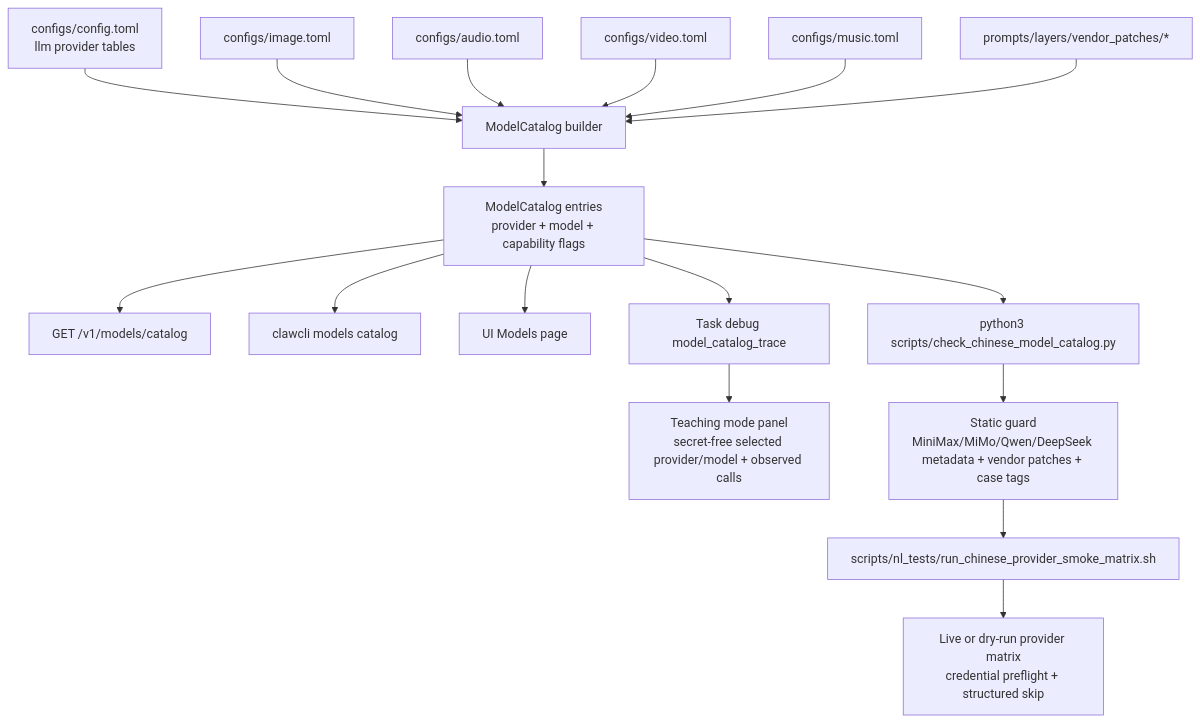
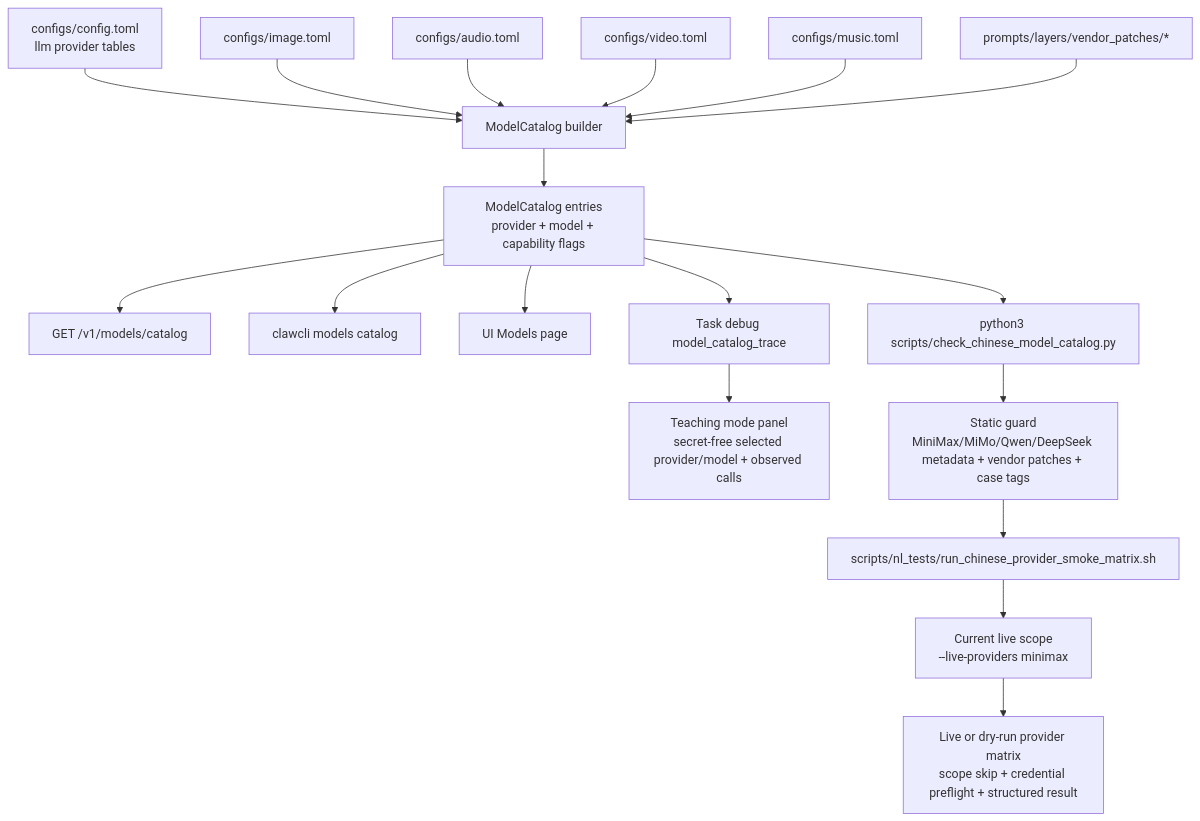
Before and after one commit to MatrixCoreX/RustClaw: diagram 16 of 16 in README.md, drawn with Mermaid. The commit also changed other lines of this file and 2 other files, not shown here.

Commit message:
Add provider live scope to Chinese smoke runner

````diff
--- a/README.md
+++ b/README.md
@@ -744,19 +744,20 @@
 ```mermaid
 flowchart TD
     A[configs/config.toml<br/>llm provider tables] --> B[ModelCatalog builder]
     C[configs/image.toml] --> B
     D[configs/audio.toml] --> B
     E[configs/video.toml] --> B
     F[configs/music.toml] --> B
     G[prompts/layers/vendor_patches/*] --> B
     B --> H[ModelCatalog entries<br/>provider + model + capability flags]
     H --> I[GET /v1/models/catalog]
     H --> J[clawcli models catalog]
     H --> K[UI Models page]
     H --> L[Task debug model_catalog_trace]
     L --> M[Teaching mode panel<br/>secret-free selected provider/model + observed calls]
     H --> N[python3 scripts/check_chinese_model_catalog.py]
     N --> O[Static guard<br/>MiniMax/MiMo/Qwen/DeepSeek metadata + vendor patches + case tags]
     O --> P[scripts/nl_tests/run_chinese_provider_smoke_matrix.sh]
-    P --> Q[Live or dry-run provider matrix<br/>credential preflight + structured skip]
+    P --> PS[Current live scope<br/>--live-providers minimax]
+    PS --> Q[Live or dry-run provider matrix<br/>scope skip + credential preflight + structured result]
 ```
````
